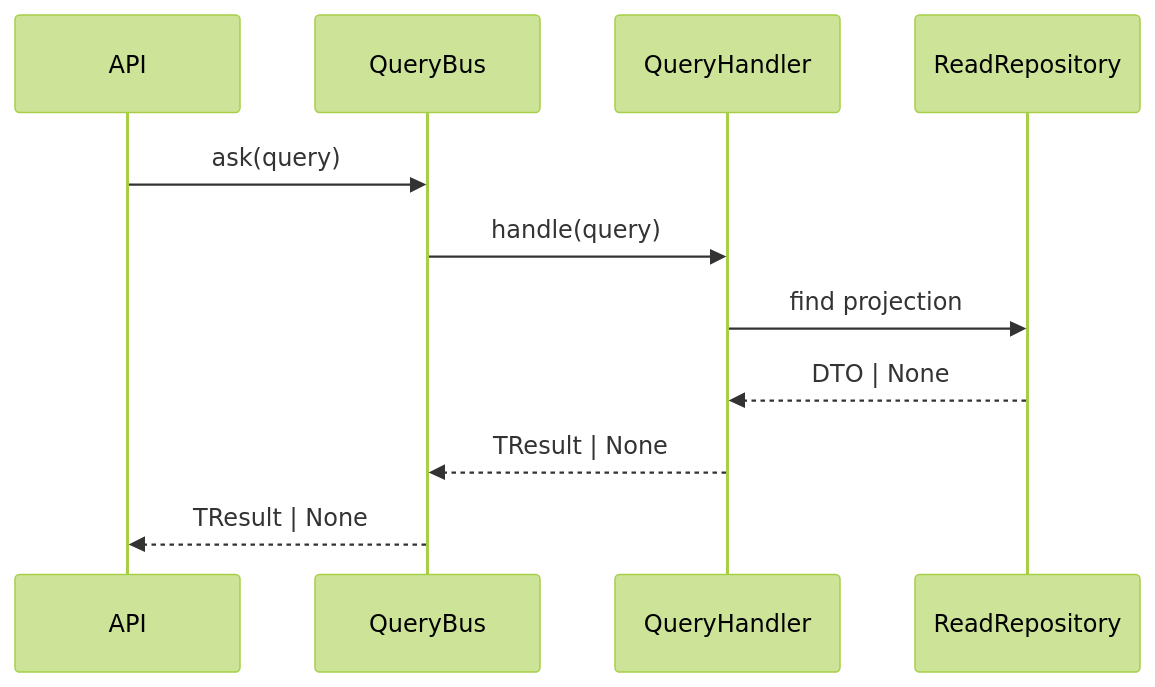
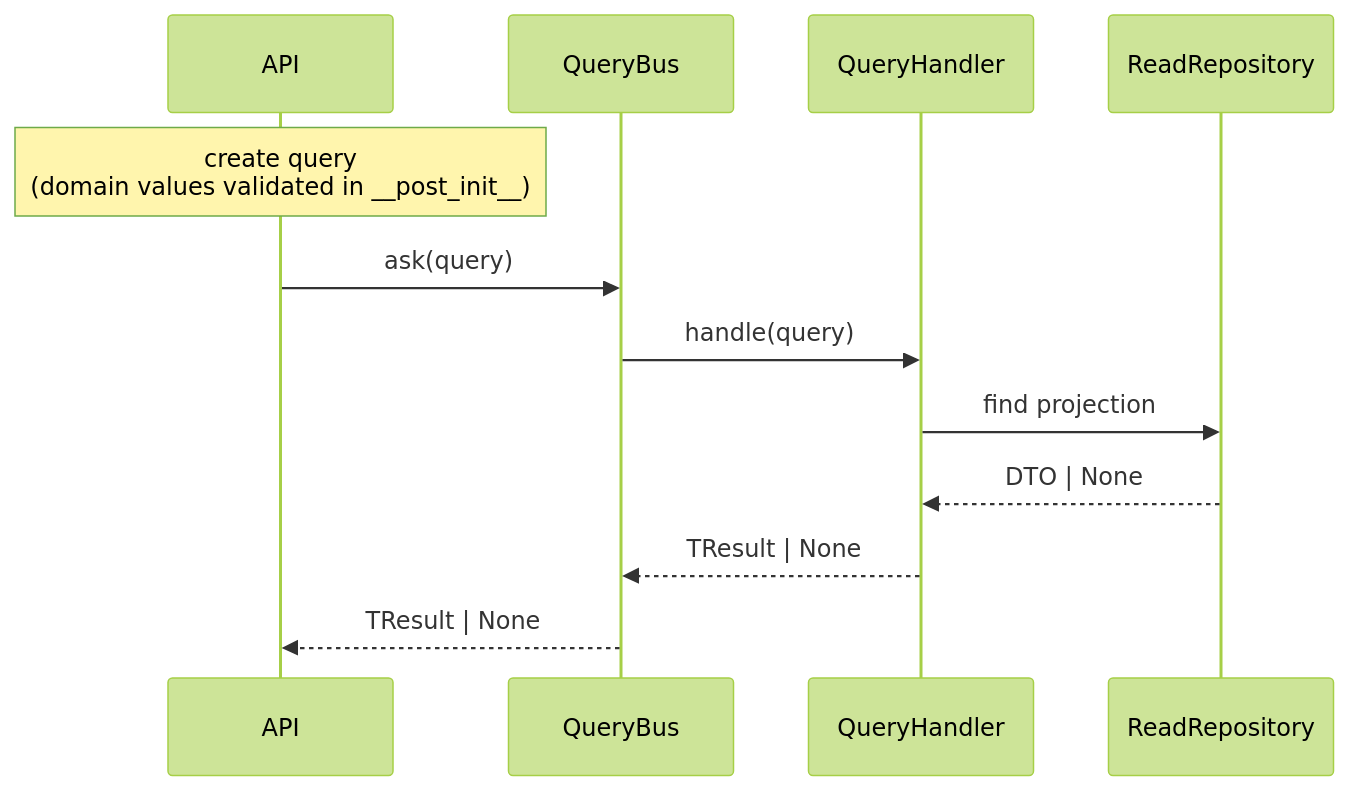
The second of 2 diagrams in docs/best-practices.md (aseguragonzalez/python-seedwork), drawn with Mermaid (forest theme) before and after one commit. The commit also changed other lines of this file, not shown here.

Commit message:
docs: fix sequence diagrams — validation precedes dispatch at API layer
Command and Query domain-value validation happens in __post_init__ when
the object is constructed by the API, before dispatch()/ask() is called.
Moved the validation note from the bus to the API participant in both
the write and read operation diagrams.

````diff
--- a/docs/best-practices.md
+++ b/docs/best-practices.md
@@ -393,14 +394,15 @@
 ```mermaid
 sequenceDiagram
     participant API
     participant Bus as QueryBus
     participant Handler as QueryHandler
     participant ReadRepo as ReadRepository
 
+    Note over API: create query<br/>(domain values validated in __post_init__)
     API->>Bus: ask(query)
     Bus->>Handler: handle(query)
     Handler->>ReadRepo: find projection
     ReadRepo-->>Handler: DTO | None
     Handler-->>Bus: TResult | None
     Bus-->>API: TResult | None
 ```
````
